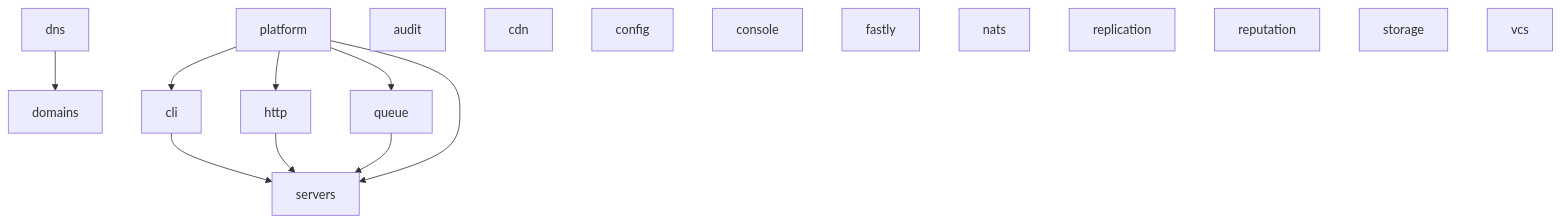
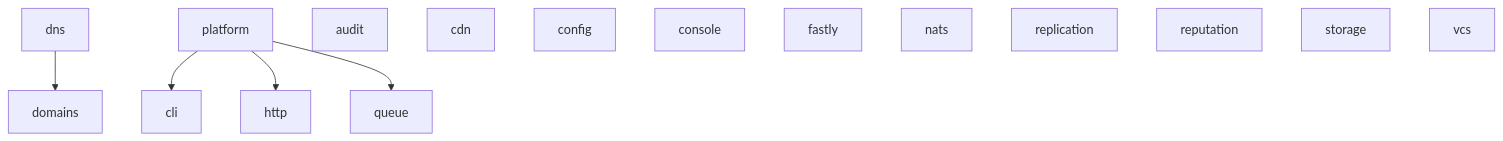
Before and after one commit to utopia-php/monorepo: the diagram in README.md, drawn with Mermaid. The commit also changed other lines of this file and 15 other files, not shown here.

````diff
--- a/README.md
+++ b/README.md
@@ -52,21 +52,17 @@
 ```mermaid
 graph TD
-    cli --> servers
     dns --> domains
-    http --> servers
     platform --> cli
     platform --> http
     platform --> queue
-    platform --> servers
-    queue --> servers
     audit
     cdn
     config
     console
     fastly
     nats
     replication
     reputation
     storage
     vcs
 ```
````
